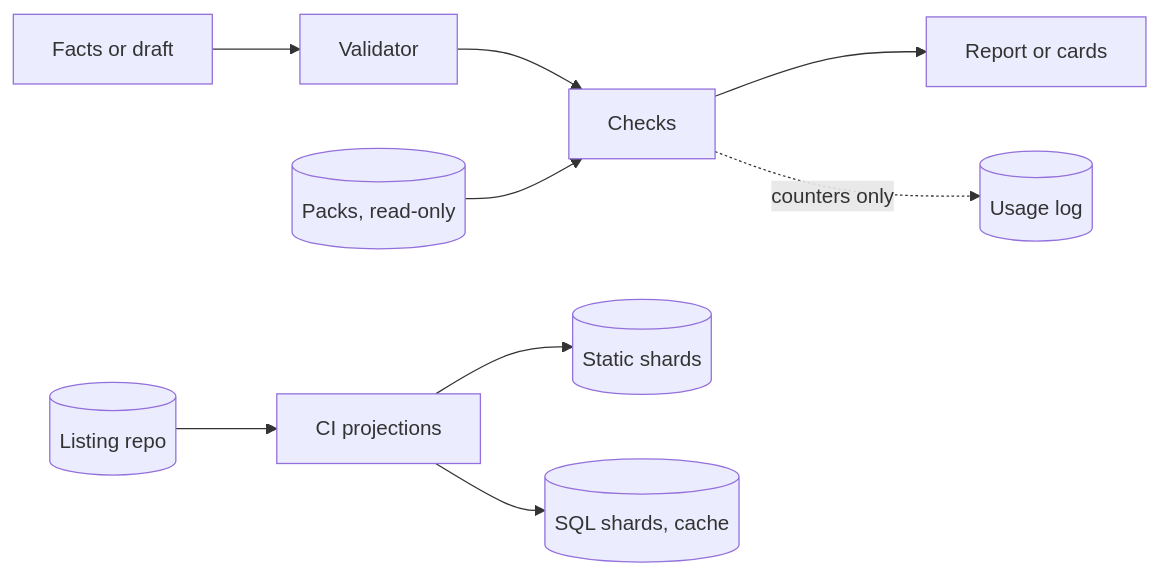
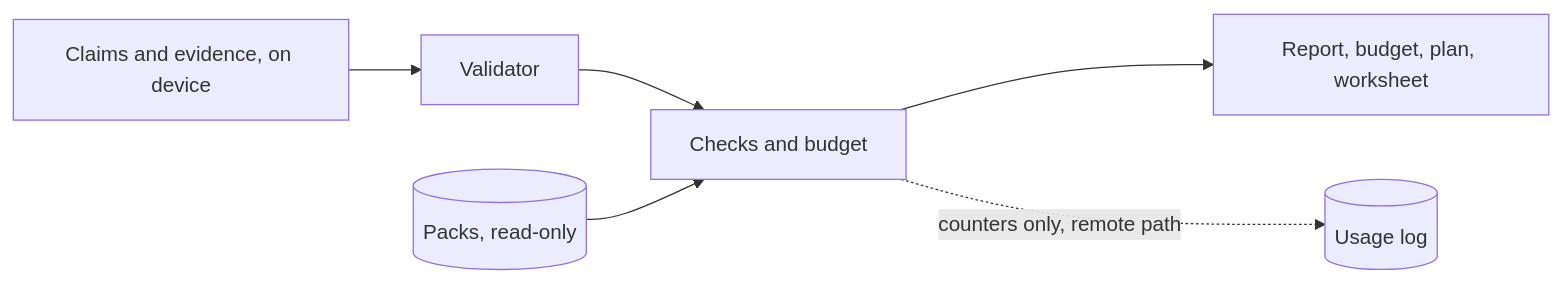
The third of 4 diagrams in undocumented-draft/prd-tad-adr-mvp-gtm-sme-business-pack-mcp.md (huijoohwee/joohwee), drawn with Mermaid before and after one commit. The commit also changed other lines of this file, not shown here.

First line of the commit message:
sme-business-pack-plan: 2 commits (#12)

````diff
--- a/undocumented-draft/prd-tad-adr-mvp-gtm-sme-business-pack-mcp.md
+++ b/undocumented-draft/prd-tad-adr-mvp-gtm-sme-business-pack-mcp.md
@@ -208,3 +179,3 @@
 ```mermaid
-flowchart LR; U[Facts or draft] --> V[Validator] --> K[Checks]; P[(Packs, read-only)] --> K; G[(Listing repo)] --> B[CI projections]; B --> S[(Static shards)]; B --> Q[(SQL shards, cache)]; K --> O[Report or cards]; K -.counters only.-> L[(Usage log)]
+flowchart LR; U[Claims and evidence, on device] --> V[Validator] --> K[Checks and budget]; P[(Packs, read-only)] --> K; K --> O[Report, budget, plan, worksheet]; K -.counters only, remote path.-> L[(Usage log)]
 ```
````
